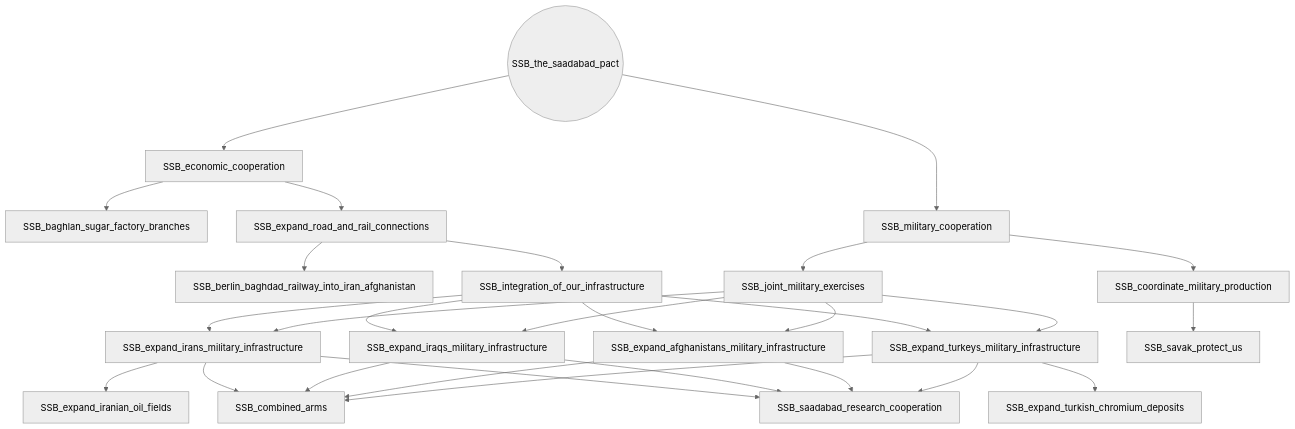
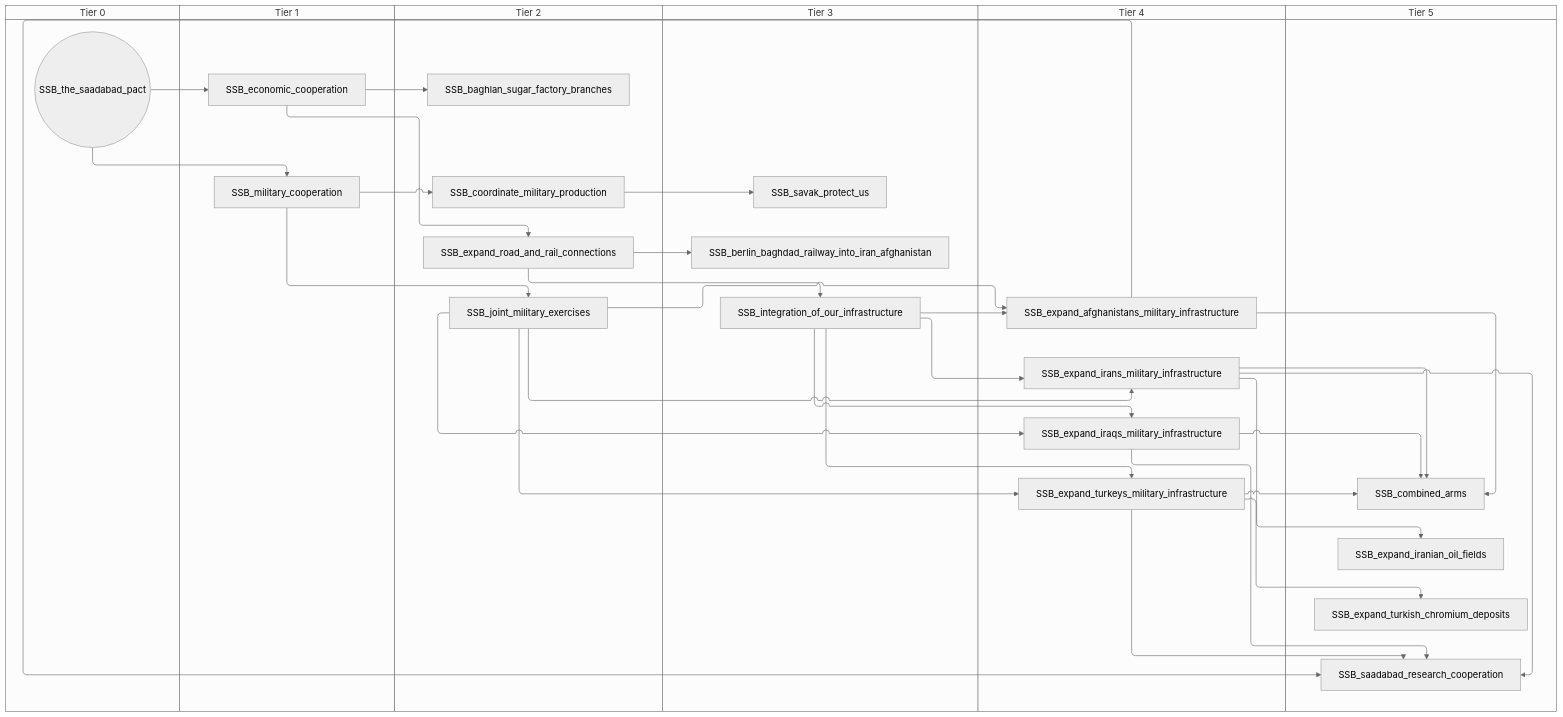
Before and after one commit to evgeny-sobol/hoi4-sandbox-mode-r56: the diagram in docs/gdd/National Focuses/r56/goe_shared_saadabad_branch.md, drawn with Mermaid (neutral theme). The commit also changed 423 other files, not shown here.

First line of the commit message:
Re-export Rt56 focus trees as swimlane diagrams

````diff
--- a/docs/gdd/National Focuses/r56/goe_shared_saadabad_branch.md
+++ b/docs/gdd/National Focuses/r56/goe_shared_saadabad_branch.md
@@ -3,48 +3,60 @@
 ```mermaid
-flowchart TD
-    n1["SSB_baghlan_sugar_factory_branches"]
-    n2["SSB_berlin_baghdad_railway_into_iran_afghanistan"]
-    n3["SSB_combined_arms"]
-    n4["SSB_coordinate_military_production"]
-    n5["SSB_economic_cooperation"]
-    n6["SSB_expand_afghanistans_military_infrastructure"]
-    n7["SSB_expand_iranian_oil_fields"]
-    n8["SSB_expand_irans_military_infrastructure"]
-    n9["SSB_expand_iraqs_military_infrastructure"]
-    n10["SSB_expand_road_and_rail_connections"]
-    n11["SSB_expand_turkeys_military_infrastructure"]
-    n12["SSB_expand_turkish_chromium_deposits"]
-    n13["SSB_integration_of_our_infrastructure"]
-    n14["SSB_joint_military_exercises"]
-    n15["SSB_military_cooperation"]
-    n16["SSB_saadabad_research_cooperation"]
-    n17["SSB_savak_protect_us"]
-    n18(("SSB_the_saadabad_pact"))
-    n5 --> n1
-    n10 --> n2
-    n11 --> n3
-    n6 --> n3
-    n9 --> n3
-    n8 --> n3
-    n15 --> n4
-    n18 --> n5
-    n14 --> n6
-    n13 --> n6
-    n8 --> n7
-    n14 --> n8
-    n13 --> n8
-    n14 --> n9
-    n13 --> n9
+swimlane-beta TD
+    subgraph tier_0["Tier 0"]
+        n1(("SSB_the_saadabad_pact"))
+    end
+    subgraph tier_1["Tier 1"]
+        n2["SSB_economic_cooperation"]
+        n3["SSB_military_cooperation"]
+    end
+    subgraph tier_2["Tier 2"]
+        n4["SSB_baghlan_sugar_factory_branches"]
+        n5["SSB_coordinate_military_production"]
+        n6["SSB_expand_road_and_rail_connections"]
+        n7["SSB_joint_military_exercises"]
+    end
+    subgraph tier_3["Tier 3"]
+        n8["SSB_berlin_baghdad_railway_into_iran_afghanistan"]
+        n9["SSB_integration_of_our_infrastructure"]
+        n10["SSB_savak_protect_us"]
+    end
+    subgraph tier_4["Tier 4"]
+        n11["SSB_expand_afghanistans_military_infrastructure"]
+        n12["SSB_expand_irans_military_infrastructure"]
+        n13["SSB_expand_iraqs_military_infrastructure"]
+        n14["SSB_expand_turkeys_military_infrastructure"]
+    end
+    subgraph tier_5["Tier 5"]
+        n15["SSB_combined_arms"]
+        n16["SSB_expand_iranian_oil_fields"]
+        n17["SSB_expand_turkish_chromium_deposits"]
+        n18["SSB_saadabad_research_cooperation"]
+    end
+    n2 --> n4
+    n6 --> n8
+    n14 --> n15
+    n11 --> n15
+    n13 --> n15
+    n12 --> n15
+    n3 --> n5
+    n1 --> n2
+    n7 --> n11
+    n9 --> n11
+    n12 --> n16
+    n7 --> n12
+    n9 --> n12
+    n7 --> n13
+    n9 --> n13
+    n2 --> n6
+    n7 --> n14
+    n9 --> n14
+    n14 --> n17
+    n6 --> n9
+    n3 --> n7
+    n1 --> n3
+    n14 --> n18
+    n11 --> n18
+    n13 --> n18
+    n12 --> n18
     n5 --> n10
-    n14 --> n11
-    n13 --> n11
-    n11 --> n12
-    n10 --> n13
-    n15 --> n14
-    n18 --> n15
-    n11 --> n16
-    n6 --> n16
-    n9 --> n16
-    n8 --> n16
-    n4 --> n17
 ```
````
